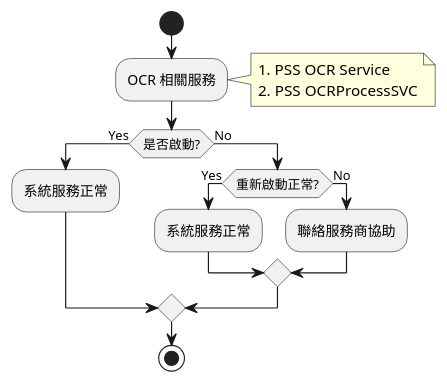
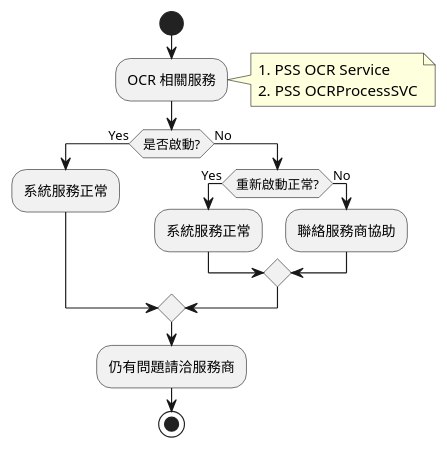
Before and after one commit to FrancoLiuDev/powermoat_doc: the second of 2 diagrams in root/異常處理/系統服務確認.md, drawn with PlantUML. The commit also changed other lines of this file and 4 other files, not shown here.

````diff
--- a/root/異常處理/系統服務確認.md
+++ b/root/異常處理/系統服務確認.md
@@ -35,23 +35,23 @@
 ```plantuml
 @startuml
 start
 :OCR 相關服務;
 
 note right
 1. PSS OCR Service
 2. PSS OCRProcessSVC
 end note
 
 if (是否啟動?) then (Yes)
   :系統服務正常;
 else (No)
   if (重新啟動正常?) then (Yes)
         :系統服務正常;
     else (No)
         :聯絡服務商協助;
   endif
 endif
-
+  :仍有問題請洽服務商;
 stop
 @enduml
 ```
````
